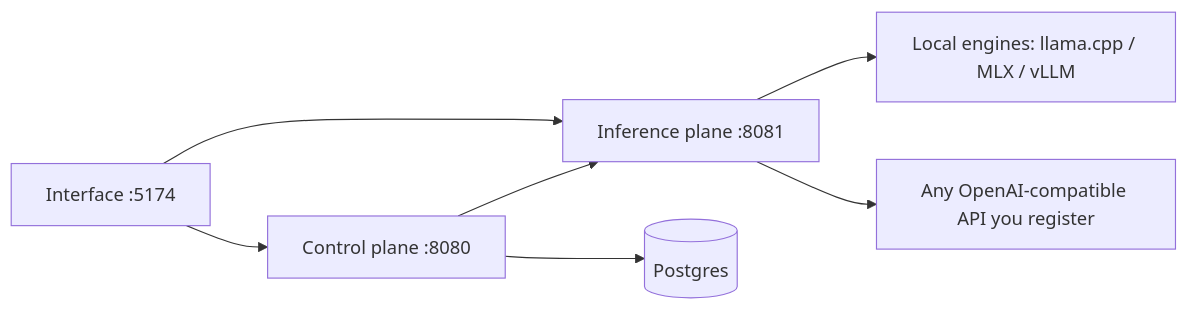
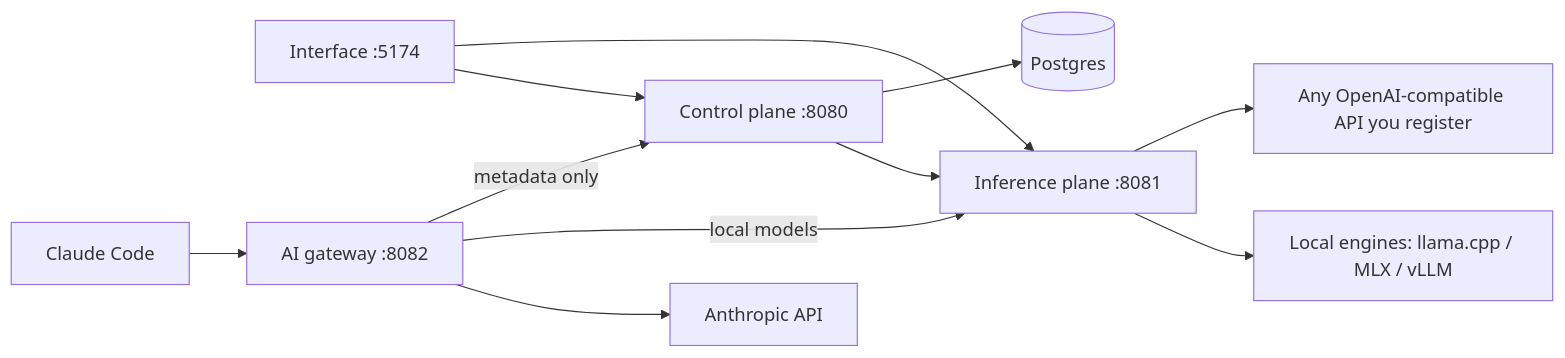
The diagram in docs/user-docs/content/index.md (al2m4n/TheYgent), drawn with Mermaid before and after one commit. The commit also changed other lines of this file and 202 other files, not shown here.

First line of the commit message:
feat(ai-gateway): observe, route and serve Claude Code locally to cut its cost (#78)

````diff
--- a/docs/user-docs/content/index.md
+++ b/docs/user-docs/content/index.md
@@ -41,9 +41,13 @@
 ```mermaid
 graph LR
     UI[Interface :5174] --> CP[Control plane :8080]
     UI --> IP[Inference plane :8081]
     CP --> IP
     CP --> PG[(Postgres)]
     IP --> ENG[Local engines: llama.cpp / MLX / vLLM]
     IP --> API[Any OpenAI-compatible API you register]
+    CC[Claude Code] --> AG[AI gateway :8082]
+    AG --> ANT[Anthropic API]
+    AG -->|local models| IP
+    AG -->|metadata only| CP
 ```
````
